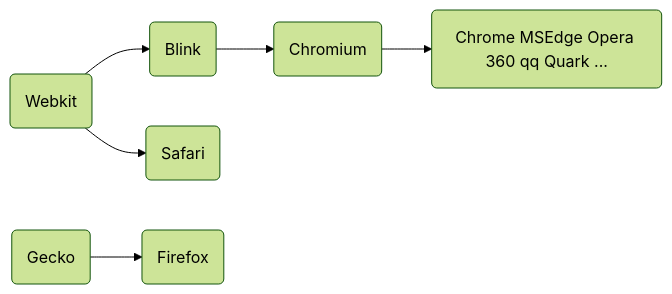
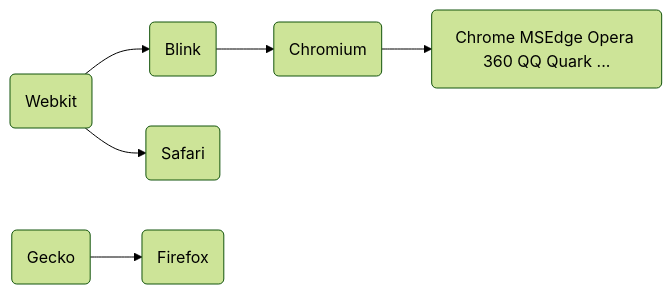
The second of 5 diagrams in EssayLab/Articles/开源.md (XingZhe-Li/XingZhe-Li.github.io), drawn with Mermaid (forest theme) before and after one commit. The commit also changed other lines of this file and 2 other files, not shown here.

````diff
--- a/EssayLab/Articles/开源.md
+++ b/EssayLab/Articles/开源.md
@@ -88,7 +107,7 @@
 ```mermaid
 graph LR
-	Webkit(Webkit) --> Blink(Blink) --> Chromium(Chromium) --> Browsers(Chrome MSEdge Opera 360 qq Quark ...)
+	Webkit(Webkit) --> Blink(Blink) --> Chromium(Chromium) --> Browsers(Chrome MSEdge Opera 360 QQ Quark ...)
 	Webkit(Webkit) --> Safari(Safari)
 	Gecko(Gecko) --> Firefox(Firefox)
 	
 ```
````
